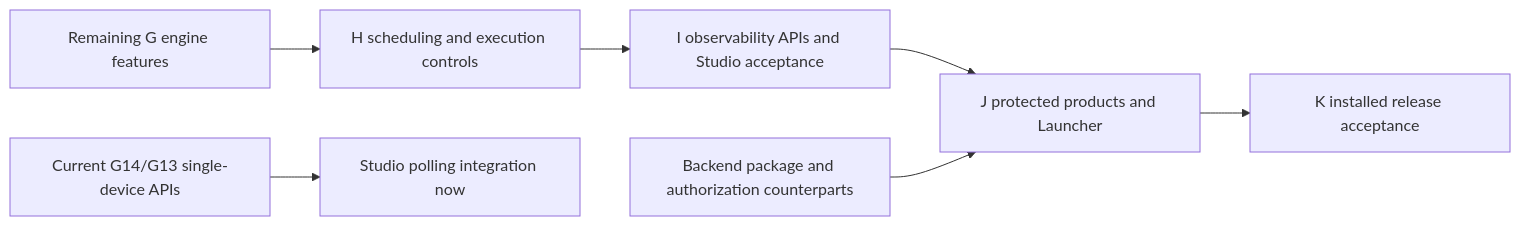
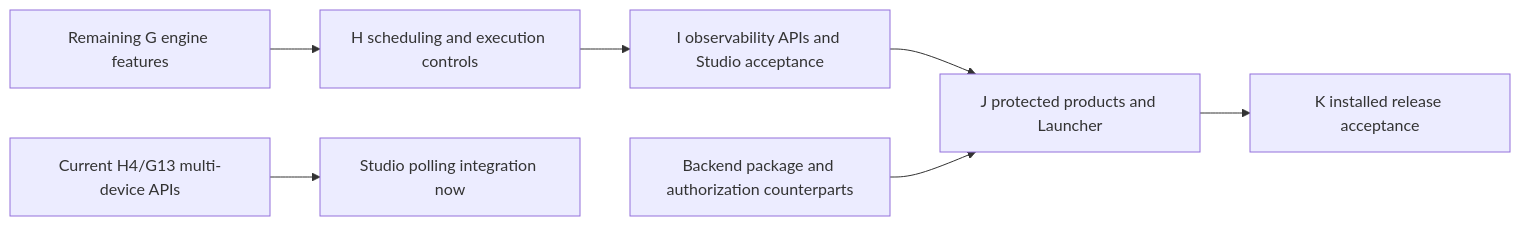
The diagram in components/a2matex-runtime/phases/plan.md (A2MaTex/a2matex-docs), drawn with Mermaid before and after one commit. The commit also changed other lines of this file and 36 other files, not shown here.

Commit message:
add phase H multi-device scheduling and execution controls

````diff
--- a/components/a2matex-runtime/phases/plan.md
+++ b/components/a2matex-runtime/phases/plan.md
@@ -535,9 +530,9 @@
 ```mermaid
 flowchart LR
     G[Remaining G engine features] --> H[H scheduling and execution controls]
     H --> I[I observability APIs and Studio acceptance]
     I --> J[J protected products and Launcher]
     B[Backend package and authorization counterparts] --> J
     J --> K[K installed release acceptance]
-    N[Current G14/G13 single-device APIs] --> S[Studio polling integration now]
+    N[Current H4/G13 multi-device APIs] --> S[Studio polling integration now]
 ```
````
